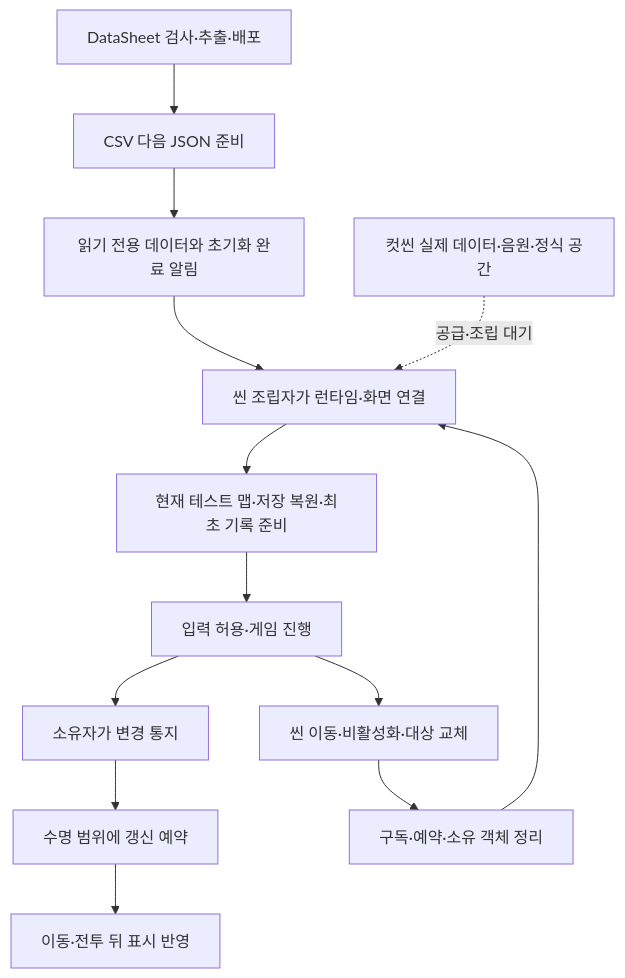
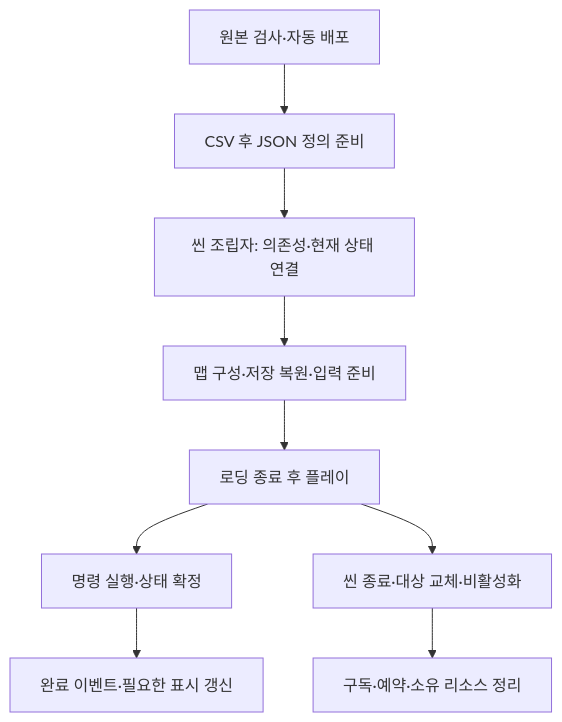
One commit to lkhwcf-arch/Human_Ghost- changed the first of 2 diagrams in Docs/개발자용 설계문서/현재 구현과 검증 현황.md. Above: the diagram before and after it, drawn with Mermaid. The commit also changed other lines of this file and 10 other files, not shown here.

````diff
--- a/Docs/개발자용 설계문서/현재 구현과 검증 현황.md
+++ b/Docs/개발자용 설계문서/현재 구현과 검증 현황.md
@@ -151,15 +35,11 @@
 ```mermaid
 flowchart TD
- A[DataSheet 검사·추출·배포] --> B[CSV 다음 JSON 준비]
- B --> C[읽기 전용 데이터와 초기화 완료 알림]
- C --> D[씬 조립자가 런타임·화면 연결]
- D --> E[현재 테스트 맵·저장 복원·최초 기록 준비]
- E --> F[입력 허용·게임 진행]
- F --> G[소유자가 변경 통지]
- G --> H[수명 범위에 갱신 예약]
- H --> I[이동·전투 뒤 표시 반영]
- F --> J[씬 이동·비활성화·대상 교체]
- J --> K[구독·예약·소유 객체 정리]
- K --> D
- L[컷씬 실제 데이터·음원·정식 공간] -.공급·조립 대기.-> D
+    A[원본 검사·자동 배포] --> B[CSV 후 JSON 정의 준비]
+    B --> C[씬 조립자: 의존성·현재 상태 연결]
+    C --> D[맵 구성·저장 복원·입력 준비]
+    D --> E[로딩 종료 후 플레이]
+    E --> F[명령 실행·상태 확정]
+    F --> G[완료 이벤트·필요한 표시 갱신]
+    E --> H[씬 종료·대상 교체·비활성화]
+    H --> I[구독·예약·소유 리소스 정리]
 ```
````
